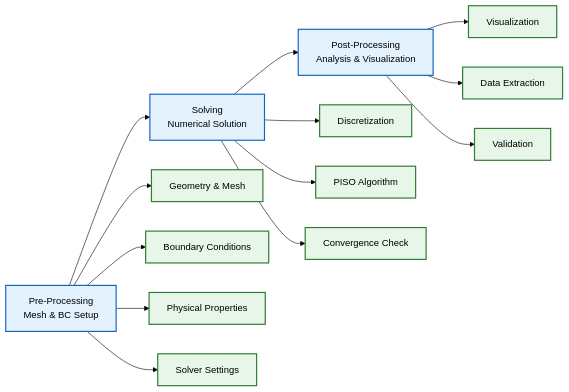
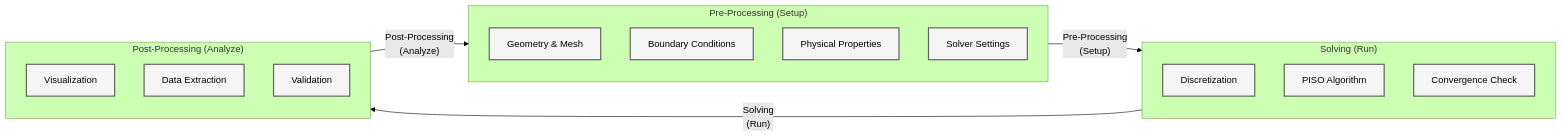
The third of 4 diagrams in MODULE_01_CFD_FUNDAMENTALS/CONTENT/04_FIRST_SIMULATION/01_Introduction.md (wramet/build-my-cfd), drawn with Mermaid (forest theme) before and after one commit. The commit also changed other lines of this file and 313 other files, not shown here.

Commit message:
Revise all diagram

````diff
--- a/MODULE_01_CFD_FUNDAMENTALS/CONTENT/04_FIRST_SIMULATION/01_Introduction.md
+++ b/MODULE_01_CFD_FUNDAMENTALS/CONTENT/04_FIRST_SIMULATION/01_Introduction.md
@@ -258,24 +254,33 @@
 ```mermaid
 graph LR
-    A["Pre-Processing<br/>Mesh & BC Setup"] --> B["Solving<br/>Numerical Solution"]
-    B --> C["Post-Processing<br/>Analysis & Visualization"]
+    subgraph Pre["Pre-Processing (Setup)"]
+        direction TB
+        A1["Geometry & Mesh"]:::context
+        A2["Boundary Conditions"]:::context
+        A3["Physical Properties"]:::context
+        A4["Solver Settings"]:::context
+    end
+    
+    subgraph Solve["Solving (Run)"]
+        direction TB
+        B1["Discretization"]:::context
+        B2["PISO Algorithm"]:::context
+        B3["Convergence Check"]:::context
+    end
+    
+    subgraph Post["Post-Processing (Analyze)"]
+        direction TB
+        C1["Visualization"]:::context
+        C2["Data Extraction"]:::context
+        C3["Validation"]:::context
+    end
+    
+    Pre -->|"Pre-Processing<br/>(Setup)"| Solve
+    Solve -->|"Solving<br/>(Run)"| Post
+    Post -->|"Post-Processing<br/>(Analyze)"| Pre
 
-    A --> A1["Geometry & Mesh"]
-    A --> A2["Boundary Conditions"]
-    A --> A3["Physical Properties"]
-    A --> A4["Solver Settings"]
-
-    B --> B1["Discretization"]
-    B --> B2["PISO Algorithm"]
-    B --> B3["Convergence Check"]
-
-    C --> C1["Visualization"]
-    C --> C2["Data Extraction"]
-    C --> C3["Validation"]
-
-    classDef process fill:#e3f2fd,stroke:#1565c0,stroke-width:2px,color:#000;
-    classDef storage fill:#e8f5e9,stroke:#2e7d32,stroke-width:2px,color:#000;
-
-    class A,B,C process;
-    class A1,A2,A3,A4,B1,B2,B3,C1,C2,C3 storage;
+    classDef context fill:#f5f5f5,stroke:#616161,stroke-width:2px,color:#000;
+    classDef implicit fill:#e3f2fd,stroke:#1565c0,stroke-width:2px,color:#000;
+    classDef explicit fill:#fff9c4,stroke:#fbc02d,stroke-width:2px,color:#000;
+    classDef success fill:#e8f5e9,stroke:#2e7d32,stroke-width:2px,color:#000;
 ```
````
